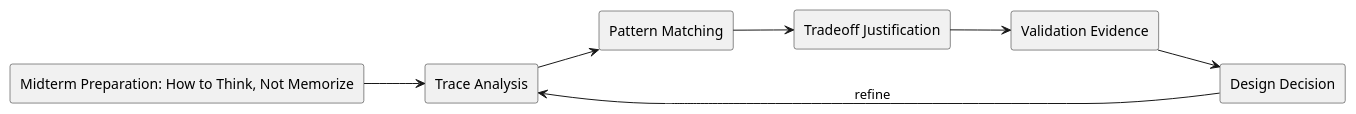
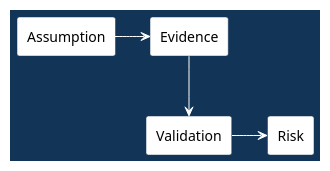
One commit to madajaju/CS5254 changed the fifth of 12 diagrams in doc/lectures/week8/midterm_prep/README.slides.adoc. Above: the diagram before and after it, drawn with PlantUML. The commit also changed other lines of this file and 2 other files, not shown here.

```diff
--- a/doc/lectures/week8/midterm_prep/README.slides.adoc
+++ b/doc/lectures/week8/midterm_prep/README.slides.adoc
@@ -69,22 +135,24 @@
-[plantuml, target=system_architecture, format=svg, width=80%]
+[plantuml,width=100%]
 ----
 @startuml
-skinparam monochrome true
+skinparam backgroundColor #123456
+skinparam defaultFontColor black
+skinparam ArrowColor white
+skinparam ArrowFontColor #ffd166
+skinparam ArrowFontStyle bold
+skinparam ArrowFontSize 16
 skinparam shadowing false
-left to right direction
-
-rectangle "Midterm Preparation: How to Think, Not Memorize" as Topic
-rectangle "Trace Analysis" as A
-rectangle "Pattern Matching" as B
-rectangle "Tradeoff Justification" as C
-rectangle "Validation Evidence" as V
-rectangle "Design Decision" as D
-
-Topic --> A
-A --> B
+skinparam rectangle {
+  BackgroundColor white
+  BorderColor #123456
+  FontColor black
+}
+rectangle "Assumption" as A
+rectangle "Evidence" as B
+rectangle "Validation" as C
+rectangle "Risk" as D
+A -> B
 B --> C
-C --> V
-V --> D
-D --> A : refine
+C -> D
 @enduml
 ----
```
